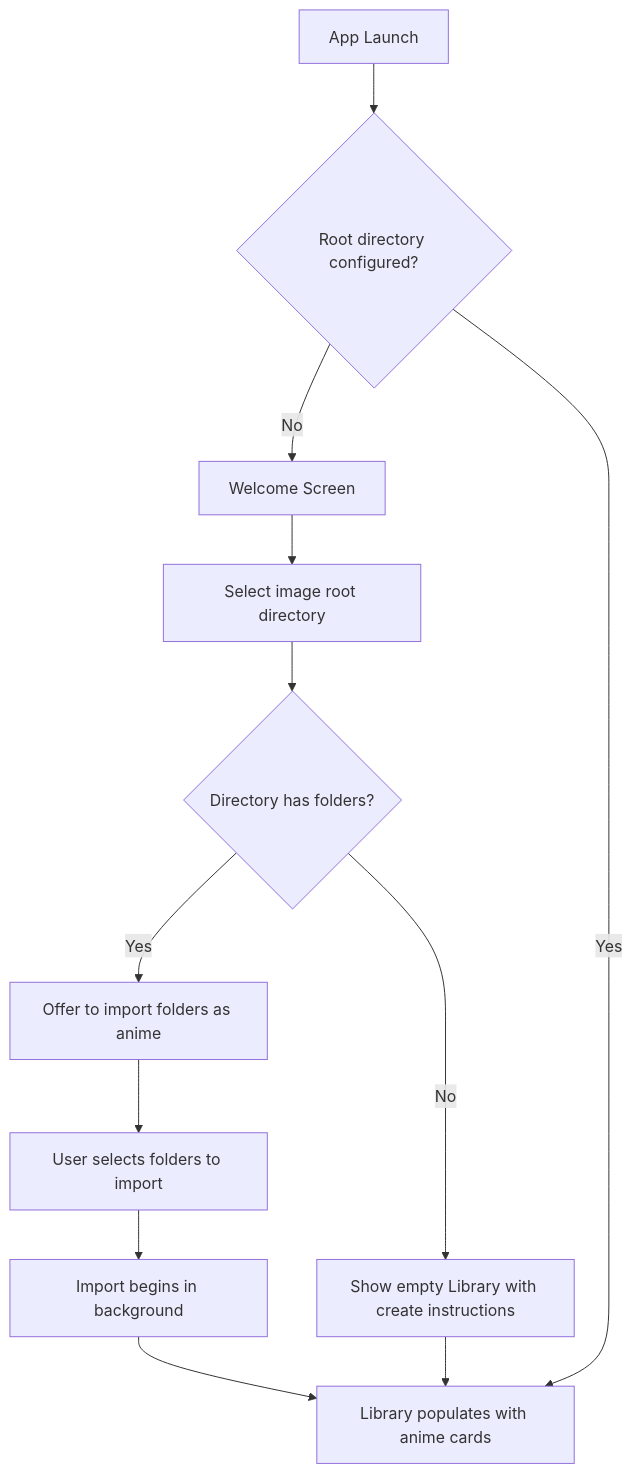
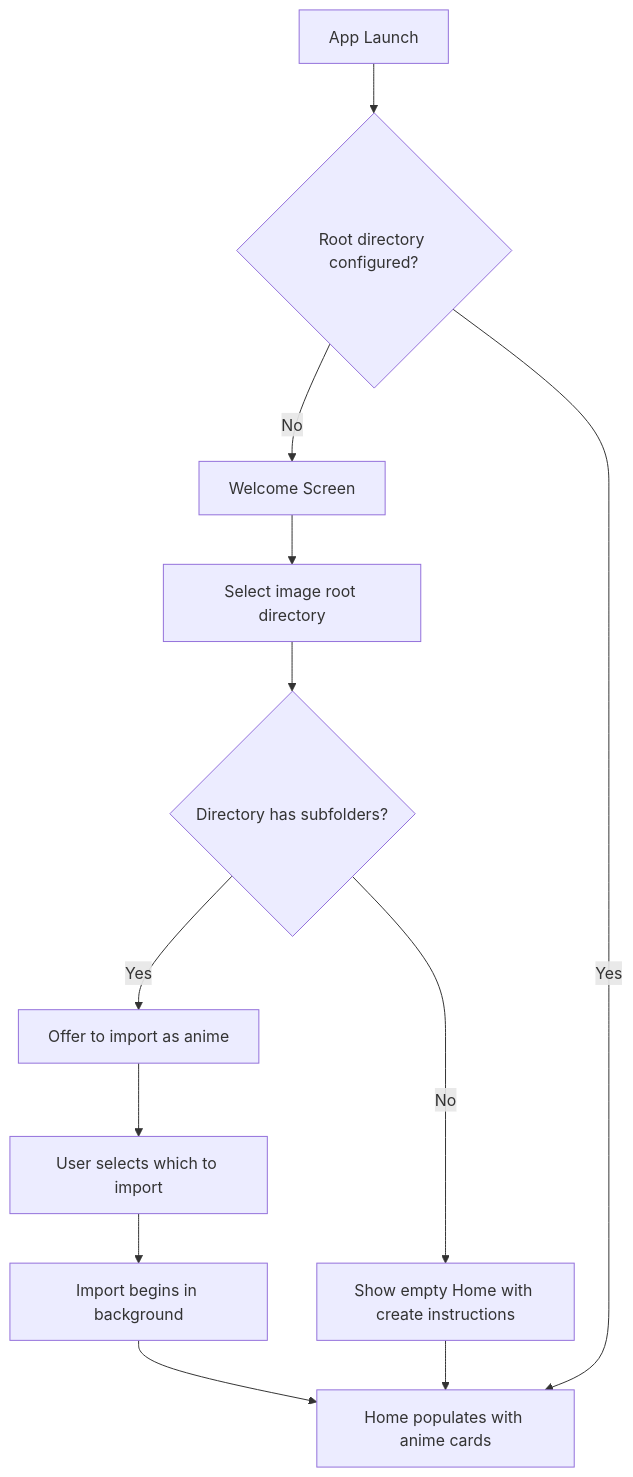
Before and after one commit to michael-freling/anime-image-viewer: the first of 8 diagrams in docs/content/ux-redesign/_index.md, drawn with Mermaid. The commit also changed other lines of this file and 55 other files, not shown here.

````diff
--- a/docs/content/ux-redesign/_index.md
+++ b/docs/content/ux-redesign/_index.md
@@ -69,14 +96,14 @@
 ```mermaid
 flowchart TD
     A[App Launch] --> B{Root directory configured?}
     B -->|No| C[Welcome Screen]
     C --> D[Select image root directory]
-    D --> E{Directory has folders?}
-    E -->|Yes| F[Offer to import folders as anime]
-    E -->|No| G[Show empty Library with create instructions]
-    F --> H[User selects folders to import]
+    D --> E{Directory has subfolders?}
+    E -->|Yes| F[Offer to import as anime]
+    E -->|No| G[Show empty Home with create instructions]
+    F --> H[User selects which to import]
     H --> I[Import begins in background]
-    I --> J[Library populates with anime cards]
+    I --> J[Home populates with anime cards]
     B -->|Yes| J
     G --> J
 ```
````
